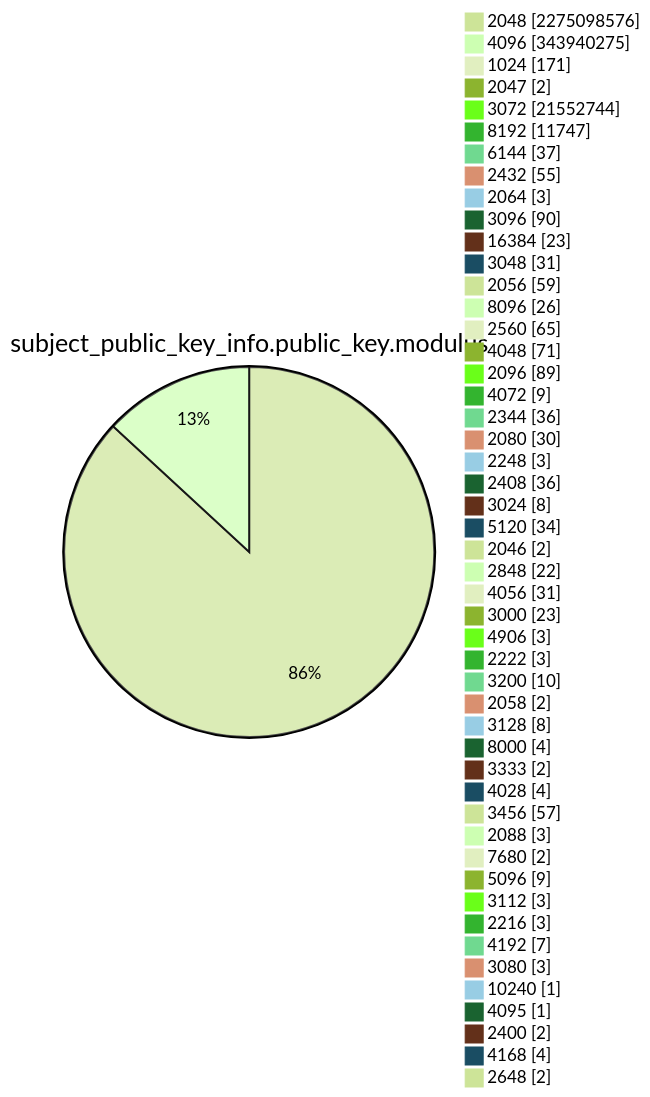
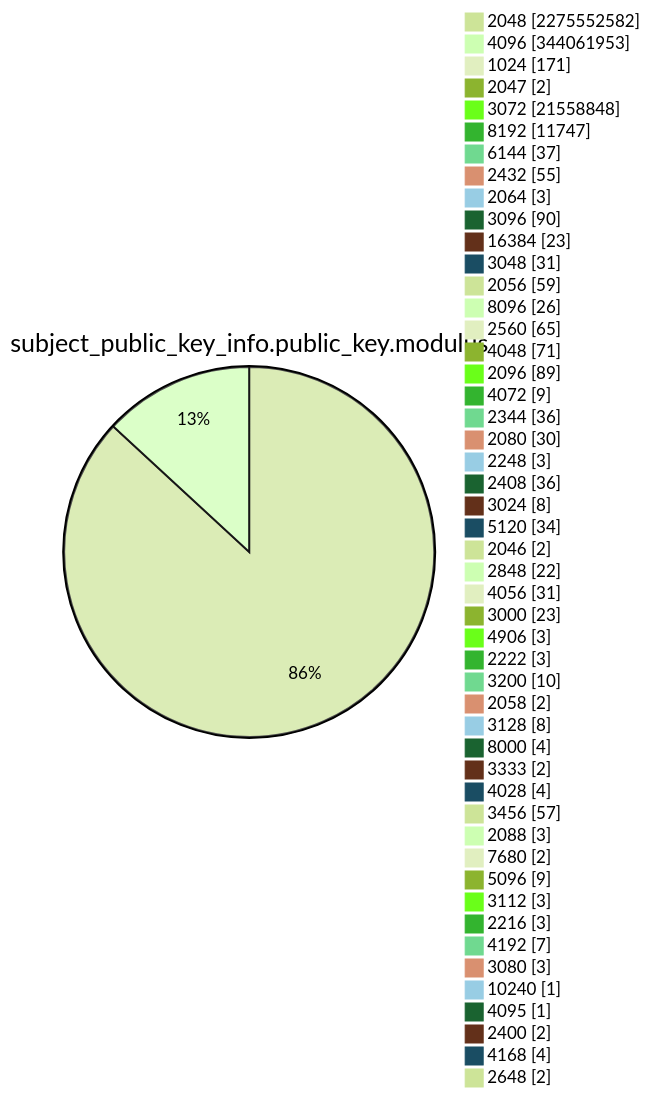
Diagram 13 of 15 in TOTAL/README.md (christiankrug/ctmonitor_visualization), drawn with Mermaid (forest theme) before and after one commit. The commit also changed other lines of this file, not shown here.

````diff
--- a/TOTAL/README.md
+++ b/TOTAL/README.md
@@ -4165,53 +4165,53 @@
 ```mermaid
 pie showData
 title subject_public_key_info.public_key.modulus
-"2048" :2275098576
-"4096" :343940275
+"2048" :2275552582
+"4096" :344061953
 "1024" :171
 "2047" :2
-"3072" :21552744
+"3072" :21558848
 "8192" :11747
 "6144" :37
 "2432" :55
 "2064" :3
 "3096" :90
 "16384" :23
 "3048" :31
 "2056" :59
 "8096" :26
 "2560" :65
 "4048" :71
 "2096" :89
 "4072" :9
 "2344" :36
 "2080" :30
 "2248" :3
 "2408" :36
 "3024" :8
 "5120" :34
 "2046" :2
 "2848" :22
 "4056" :31
 "3000" :23
 "4906" :3
 "2222" :3
 "3200" :10
 "2058" :2
 "3128" :8
 "8000" :4
 "3333" :2
 "4028" :4
 "3456" :57
 "2088" :3
 "7680" :2
 "5096" :9
 "3112" :3
 "2216" :3
 "4192" :7
 "3080" :3
 "10240" :1
 "4095" :1
 "2400" :2
 "4168" :4
 "2648" :2
 ```
````
